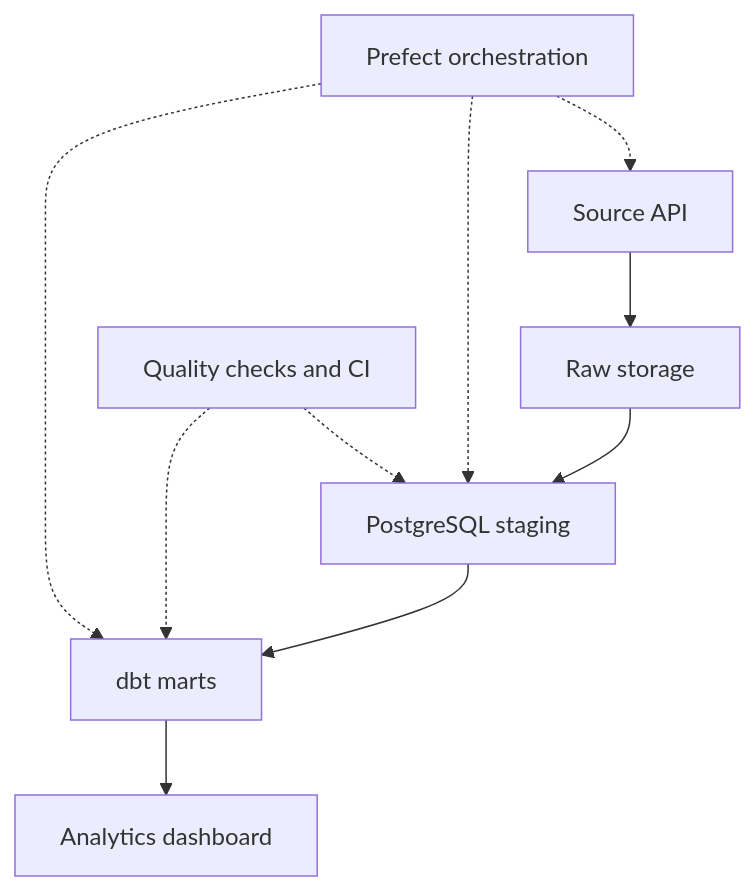
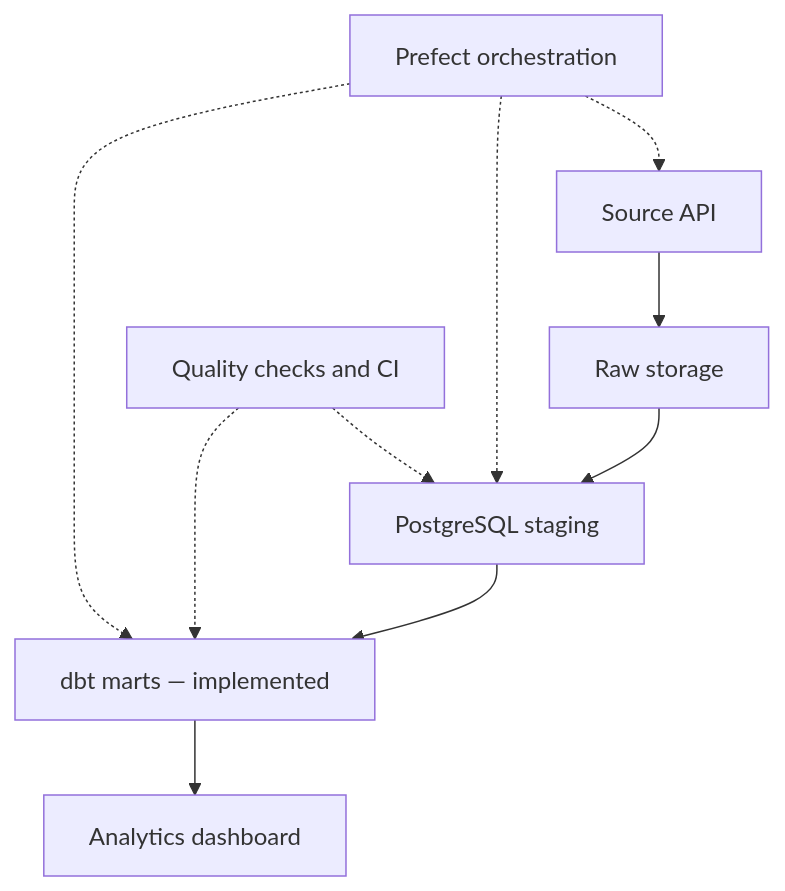
One commit to Neloy4321/DataForge-360 changed the second of 2 diagrams in docs/ARCHITECTURE.md. Above: the diagram before and after it, drawn with Mermaid. The commit also changed other lines of this file and 18 other files, not shown here.

First line of the commit message:
feat: dbt star schema and verified analytics data quality (#2)

````diff
--- a/docs/ARCHITECTURE.md
+++ b/docs/ARCHITECTURE.md
@@ -47,12 +62,12 @@
 ```mermaid
 flowchart TD
     A[Source API] --> B[Raw storage]
     B --> C[PostgreSQL staging]
-    C --> D[dbt marts]
+    C --> D[dbt marts — implemented]
     D --> E[Analytics dashboard]
     F[Prefect orchestration] -.-> A
     F -.-> C
     F -.-> D
     G[Quality checks and CI] -.-> C
     G -.-> D
 ```
````
